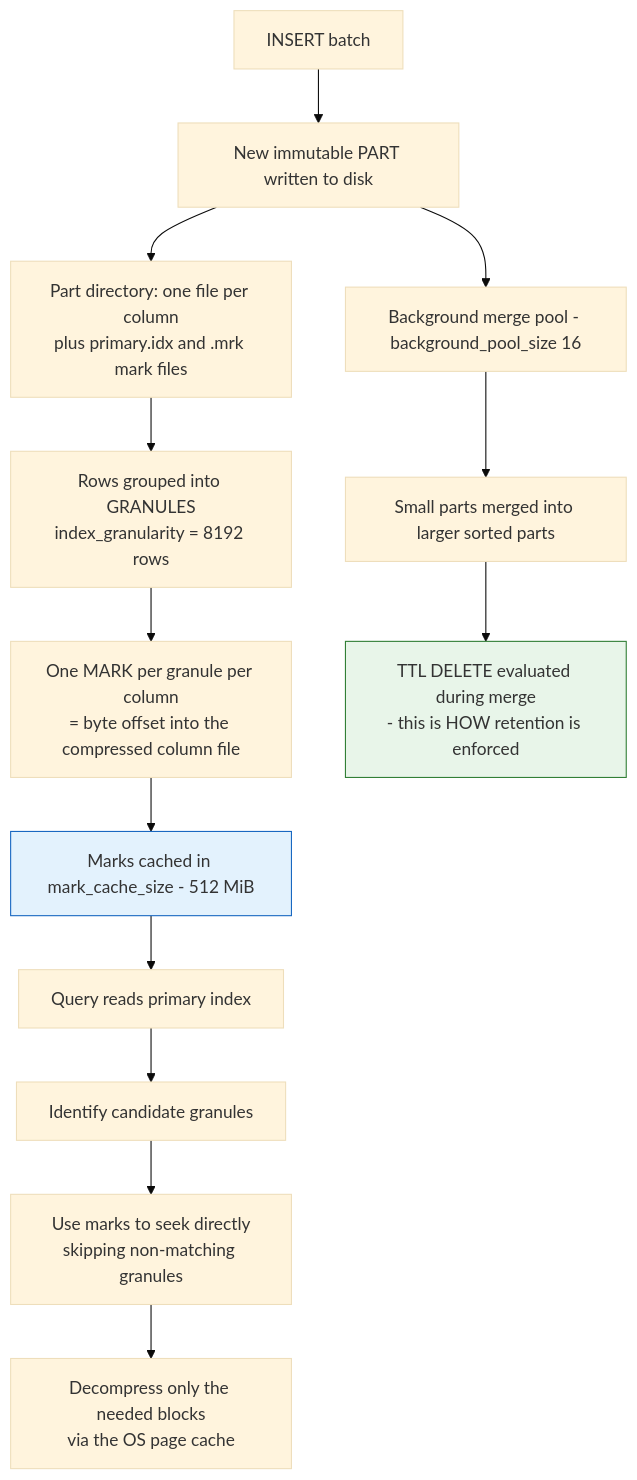
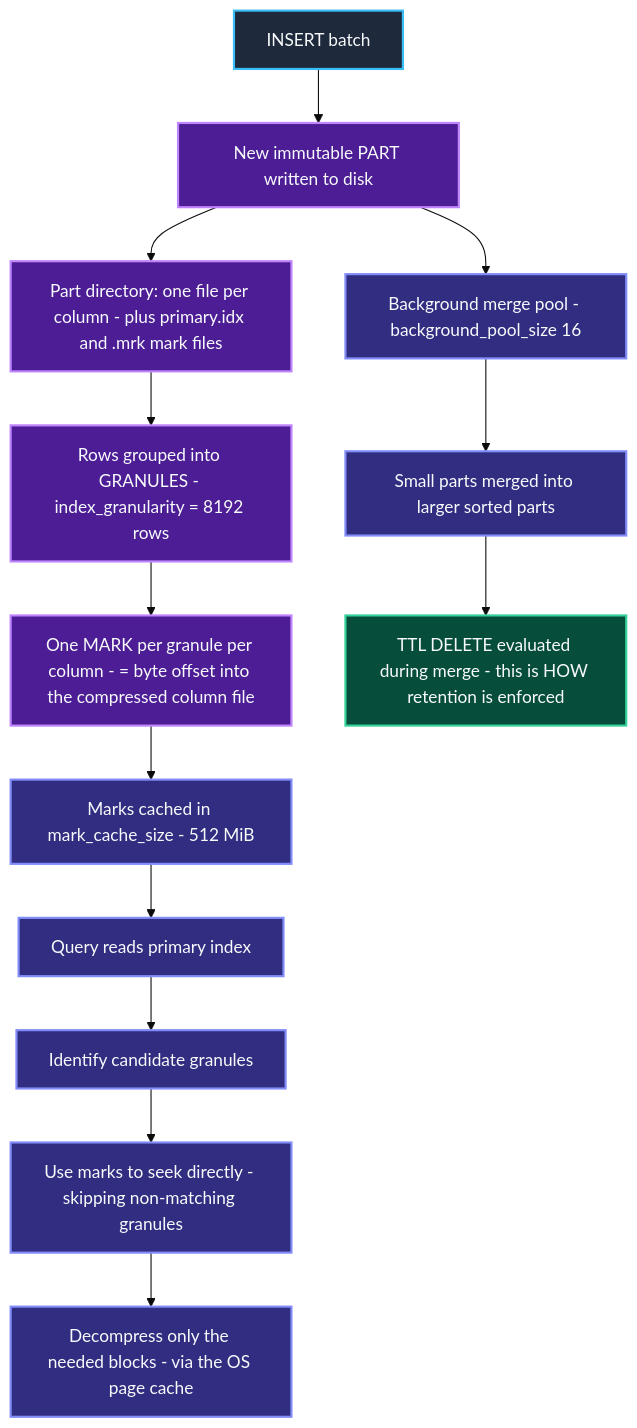
One commit to Chief-Strategist-J/llm-obs-infra changed diagram 15 of 17 in docs/configDoc/clickhouse-configuration-guide.md. Above: the diagram before and after it, drawn with Mermaid (base theme). The commit also changed other lines of this file, not shown here.

First line of the commit message:
fix(clickhouse-docs): repair Mermaid rendering, colour all diagrams, strip pseudocode comments

````diff
--- a/docs/configDoc/clickhouse-configuration-guide.md
+++ b/docs/configDoc/clickhouse-configuration-guide.md
@@ -1515,21 +1641,32 @@
 ```mermaid
 graph TD
     I1["INSERT batch"] --> P1["New immutable PART written to disk"]
-    P1 --> P2["Part directory: one file per column<br/>plus primary.idx and .mrk mark files"]
+    P1 --> P2["Part directory: one file per column - plus primary.idx and .mrk mark files"]
 
-    P2 --> G1["Rows grouped into GRANULES<br/>index_granularity = 8192 rows"]
-    G1 --> M1["One MARK per granule per column<br/>= byte offset into the compressed column file"]
+    P2 --> G1["Rows grouped into GRANULES - index_granularity = 8192 rows"]
+    G1 --> M1["One MARK per granule per column - = byte offset into the compressed column file"]
     M1 --> MC["Marks cached in mark_cache_size - 512 MiB"]
 
     MC --> Q1["Query reads primary index"]
     Q1 --> Q2["Identify candidate granules"]
-    Q2 --> Q3["Use marks to seek directly<br/>skipping non-matching granules"]
-    Q3 --> Q4["Decompress only the needed blocks<br/>via the OS page cache"]
+    Q2 --> Q3["Use marks to seek directly - skipping non-matching granules"]
+    Q3 --> Q4["Decompress only the needed blocks - via the OS page cache"]
 
     P1 --> BG["Background merge pool - background_pool_size 16"]
     BG --> MG["Small parts merged into larger sorted parts"]
-    MG --> TTL["TTL DELETE evaluated during merge<br/>- this is HOW retention is enforced"]
+    MG --> TTL["TTL DELETE evaluated during merge - this is HOW retention is enforced"]
 
-    style MC fill:#e3f2fd,stroke:#1565c0
-    style TTL fill:#e8f5e9,stroke:#2e7d32
+    style I1 fill:#1e293b,stroke:#38bdf8,stroke-width:2px,color:#f8fafc
+    style P1 fill:#4c1d95,stroke:#c084fc,stroke-width:2px,color:#f8fafc
+    style P2 fill:#4c1d95,stroke:#c084fc,stroke-width:2px,color:#f8fafc
+    style G1 fill:#4c1d95,stroke:#c084fc,stroke-width:2px,color:#f8fafc
+    style M1 fill:#4c1d95,stroke:#c084fc,stroke-width:2px,color:#f8fafc
+    style MC fill:#312e81,stroke:#818cf8,stroke-width:2px,color:#f8fafc
+    style Q1 fill:#312e81,stroke:#818cf8,stroke-width:2px,color:#f8fafc
+    style Q2 fill:#312e81,stroke:#818cf8,stroke-width:2px,color:#f8fafc
+    style Q3 fill:#312e81,stroke:#818cf8,stroke-width:2px,color:#f8fafc
+    style Q4 fill:#312e81,stroke:#818cf8,stroke-width:2px,color:#f8fafc
+    style BG fill:#312e81,stroke:#818cf8,stroke-width:2px,color:#f8fafc
+    style MG fill:#312e81,stroke:#818cf8,stroke-width:2px,color:#f8fafc
+    style TTL fill:#064e3b,stroke:#34d399,stroke-width:2px,color:#f8fafc
 ```
````
